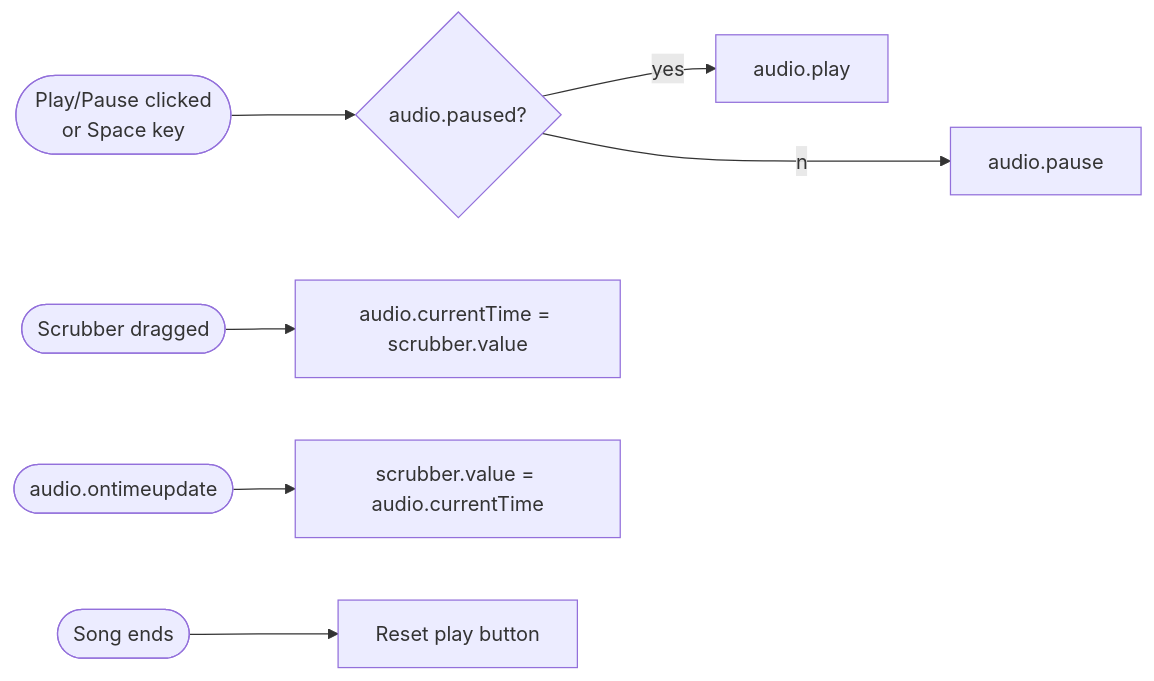
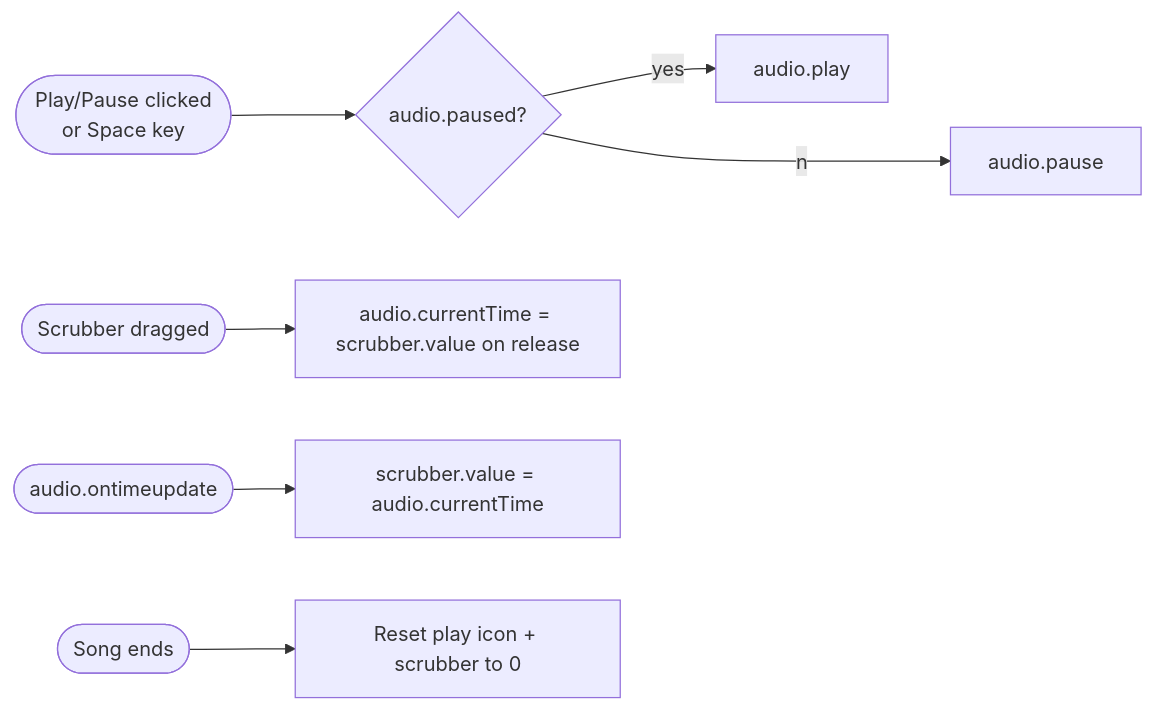
One commit to KarthikUdyawar/melo changed the seventh of 15 diagrams in docs/USER-FLOW.md. Above: the diagram before and after it, drawn with Mermaid. The commit also changed other lines of this file and 26 other files, not shown here.

````diff
--- a/docs/USER-FLOW.md
+++ b/docs/USER-FLOW.md
@@ -111,11 +119,11 @@
 ```mermaid
 flowchart LR
     A([Play/Pause clicked\nor Space key]) --> B{audio.paused?}
     B --yes--> C[audio.play]
     B --no--> D[audio.pause]
 
-    E([Scrubber dragged]) --> F[audio.currentTime = scrubber.value]
+    E([Scrubber dragged]) --> F[audio.currentTime = scrubber.value on release]
     G([audio.ontimeupdate]) --> H[scrubber.value = audio.currentTime]
 
-    I([Song ends]) --> J[Reset play button]
+    I([Song ends]) --> J[Reset play icon + scrubber to 0]
 ```
````
